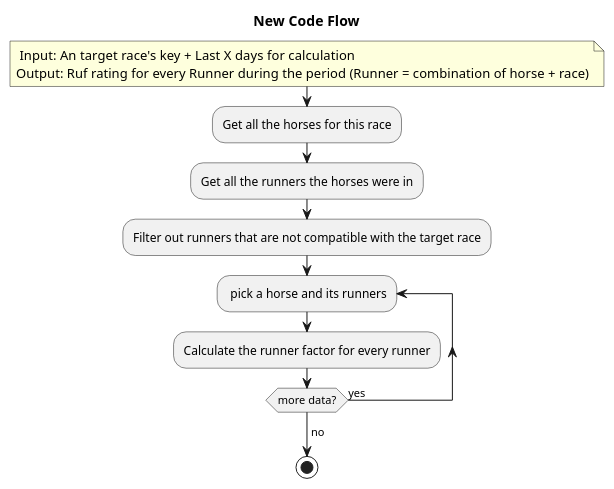
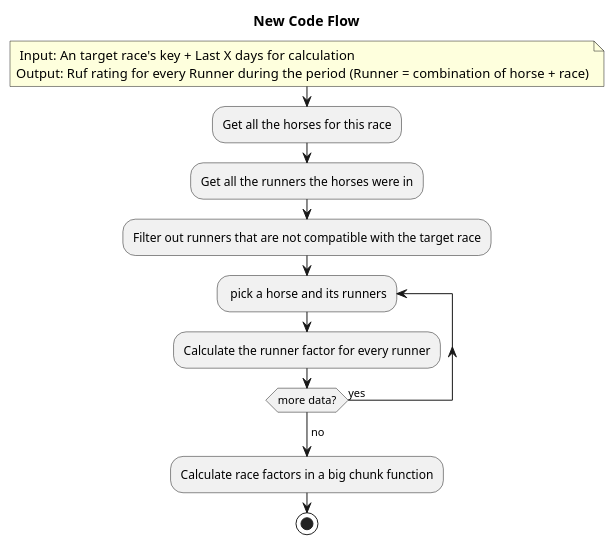
One commit to Ramadamadam/fl-track-mate-rating-algorithm changed the diagram in doc/new-code-flow/00.new-flow.puml. Above: the diagram before and after it, drawn with PlantUML. The commit also changed 3 other files, not shown here.

```diff
--- a/doc/new-code-flow/00.new-flow.puml
+++ b/doc/new-code-flow/00.new-flow.puml
@@ -1,21 +1,22 @@
 @startuml
 
 
 title New Code Flow
 note
  Input:  An target race's key + Last X days for calculation
 Output:  Ruf rating for every Runner during the period (Runner = combination of horse + race)
 end note
 
 :Get all the horses for this race;
 :Get all the runners the horses were in;
 :Filter out runners that are not compatible with the target race;
 repeat: pick a horse and its runners
 :Calculate the runner factor for every runner;
 repeat while (more data?) is (yes)
 ->no;
+:Calculate race factors in a big chunk function;
 
 
 stop
 
 @enduml
```
